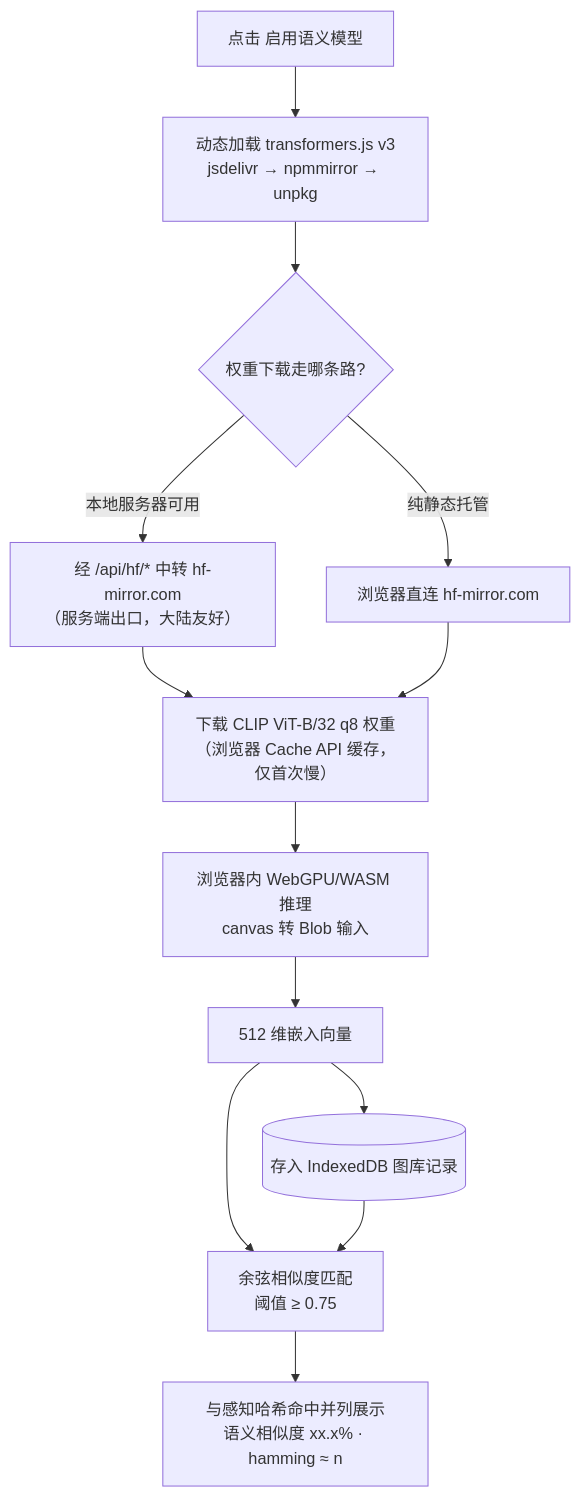
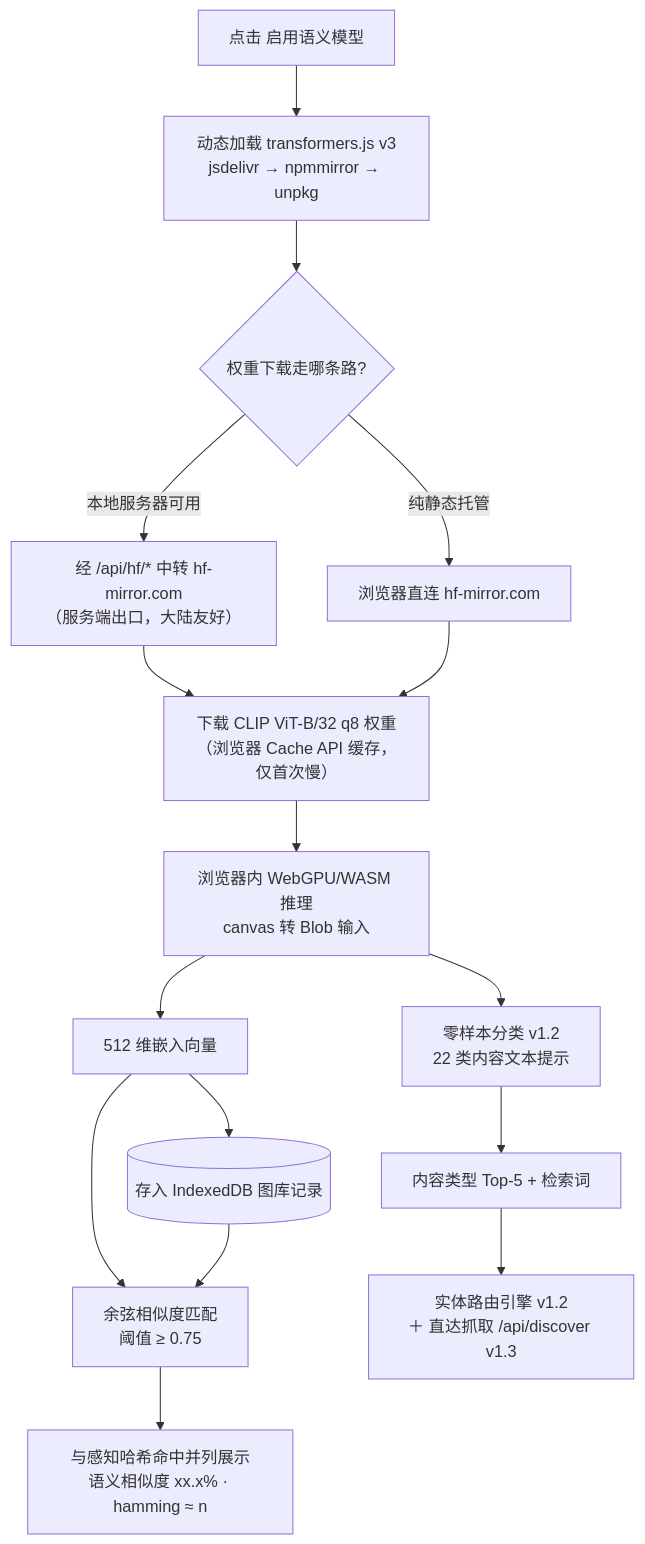
One commit to xiaoanping-101/pictrace changed the fifth of 6 diagrams in README.md. Above: the diagram before and after it, drawn with Mermaid. The commit also changed other lines of this file and 6 other files, not shown here.

First line of the commit message:
docs: 同步 v1.3 改动到引用内容与流程图

````diff
--- a/README.md
+++ b/README.md
@@ -132,15 +162,18 @@
 ```mermaid
 flowchart TD
     A[点击 启用语义模型] --> B[动态加载 transformers.js v3<br/>jsdelivr → npmmirror → unpkg]
     B --> C{权重下载走哪条路?}
     C -- "本地服务器可用" --> D[经 /api/hf/* 中转 hf-mirror.com<br/>（服务端出口，大陆友好）]
     C -- "纯静态托管" --> E[浏览器直连 hf-mirror.com]
     D --> F[下载 CLIP ViT-B/32 q8 权重<br/>（浏览器 Cache API 缓存，仅首次慢）]
     E --> F
     F --> G[浏览器内 WebGPU/WASM 推理<br/>canvas 转 Blob 输入]
     G --> H[512 维嵌入向量]
     H --> I[(存入 IndexedDB 图库记录)]
     H --> J[余弦相似度匹配<br/>阈值 ≥ 0.75]
     I --> J
     J --> K[与感知哈希命中并列展示<br/>语义相似度 xx.x% · hamming ≈ n]
+    G --> Z[零样本分类 v1.2<br/>22 类内容文本提示]
+    Z --> Y[内容类型 Top-5 + 检索词]
+    Y --> X[实体路由引擎 v1.2<br/>＋ 直达抓取 /api/discover v1.3]
 ```
````
